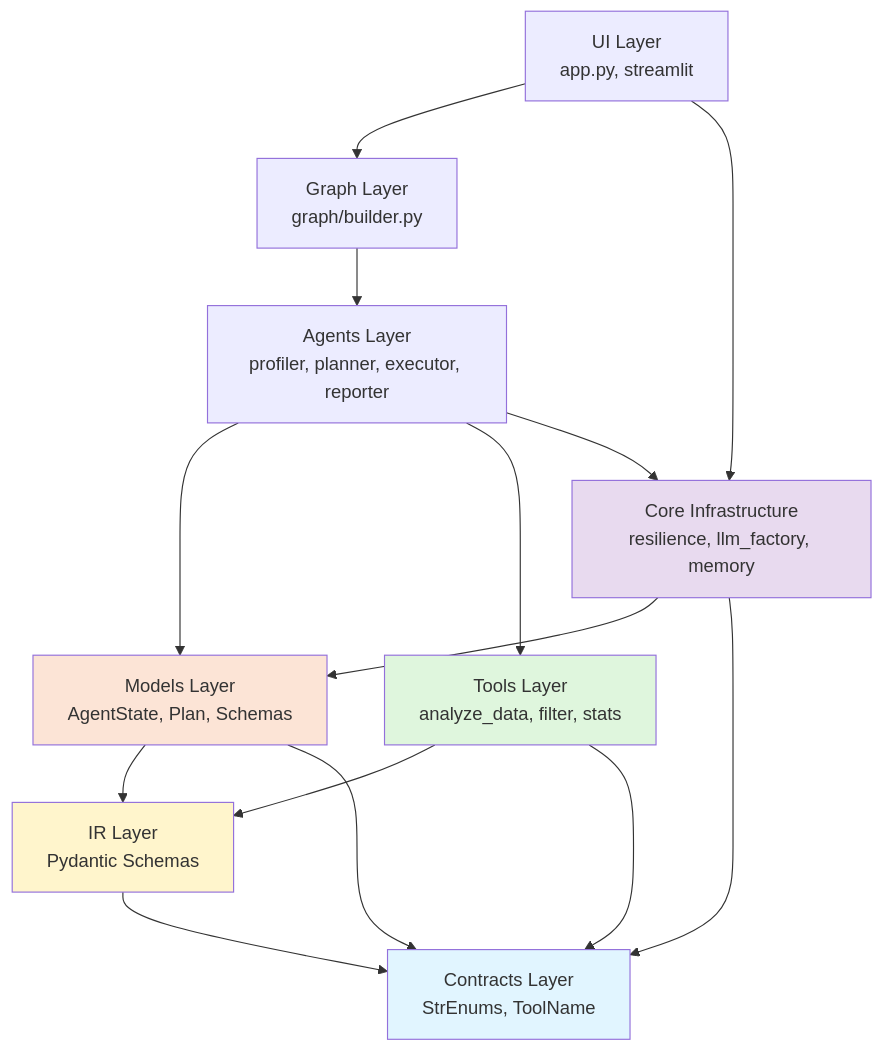
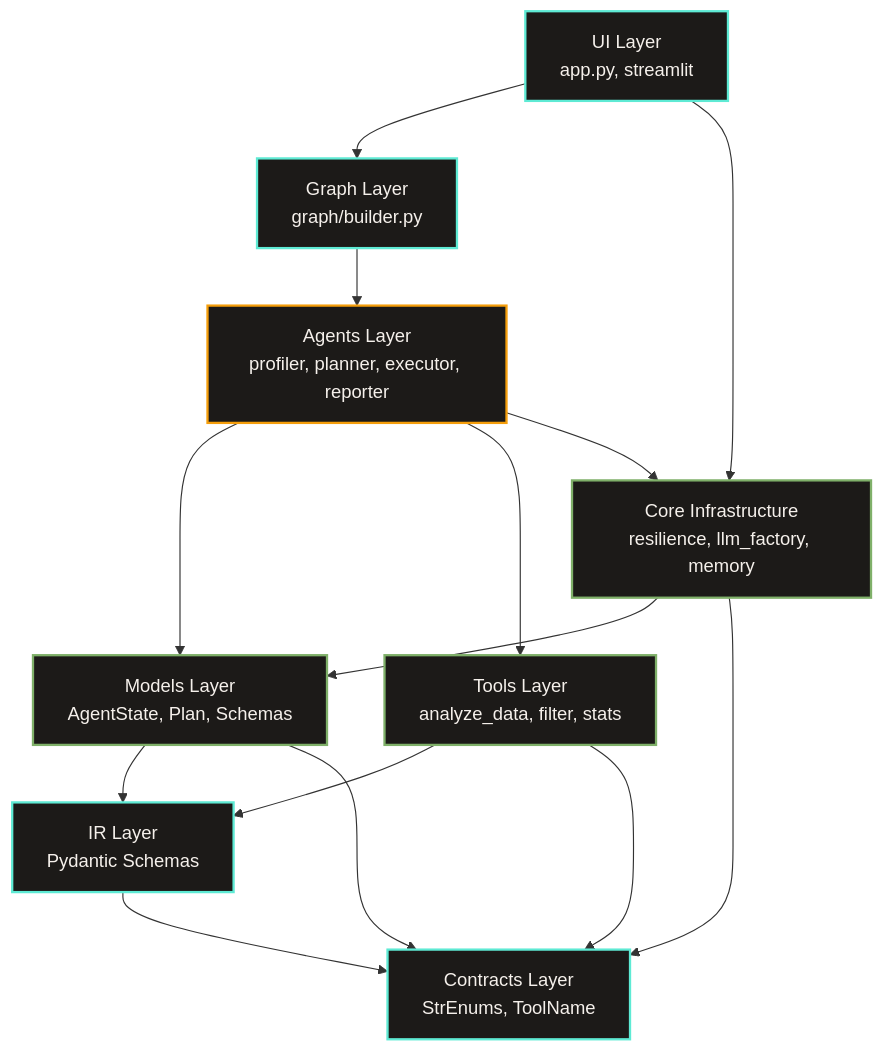
The first of 4 diagrams in docs/ARCHITECTURE.md (mohamadmeri/scrygent), drawn with Mermaid before and after one commit. The commit also changed other lines of this file and 2 other files, not shown here.

````diff
--- a/docs/ARCHITECTURE.md
+++ b/docs/ARCHITECTURE.md
@@ -62,23 +55,26 @@
 ```mermaid
 flowchart TD
     UI[UI Layer<br/>app.py, streamlit] --> Graph
     UI --> Core
     Graph[Graph Layer<br/>graph/builder.py] --> Agents
     Agents[Agents Layer<br/>profiler, planner, executor, reporter] --> Models
     Agents --> Tools
     Agents --> Core
     Models[Models Layer<br/>AgentState, Plan, Schemas] --> IR
     Models --> Contracts
     Tools[Tools Layer<br/>analyze_data, filter, stats] --> IR
     Tools --> Contracts
     Core[Core Infrastructure<br/>resilience, llm_factory, memory] --> Models
     Core --> Contracts
     IR[IR Layer<br/>Pydantic Schemas] --> Contracts
     Contracts[Contracts Layer<br/>StrEnums, ToolName]
     
-    style Contracts fill:#e1f5ff
-    style IR fill:#fff5cc
-    style Tools fill:#dff6dd
-    style Models fill:#fce4d6
-    style Core fill:#e8daef
+    style UI fill:#1C1A18,stroke:#5EEAD4,stroke-width:2px,color:#F5F0EB
+    style Graph fill:#1C1A18,stroke:#5EEAD4,stroke-width:2px,color:#F5F0EB
+    style Agents fill:#1C1A18,stroke:#F59E0B,stroke-width:2px,color:#F5F0EB
+    style Models fill:#1C1A18,stroke:#7FB069,stroke-width:2px,color:#F5F0EB
+    style Tools fill:#1C1A18,stroke:#7FB069,stroke-width:2px,color:#F5F0EB
+    style Core fill:#1C1A18,stroke:#7FB069,stroke-width:2px,color:#F5F0EB
+    style IR fill:#1C1A18,stroke:#5EEAD4,stroke-width:2px,color:#F5F0EB
+    style Contracts fill:#1C1A18,stroke:#5EEAD4,stroke-width:2px,color:#F5F0EB
 ```
````
